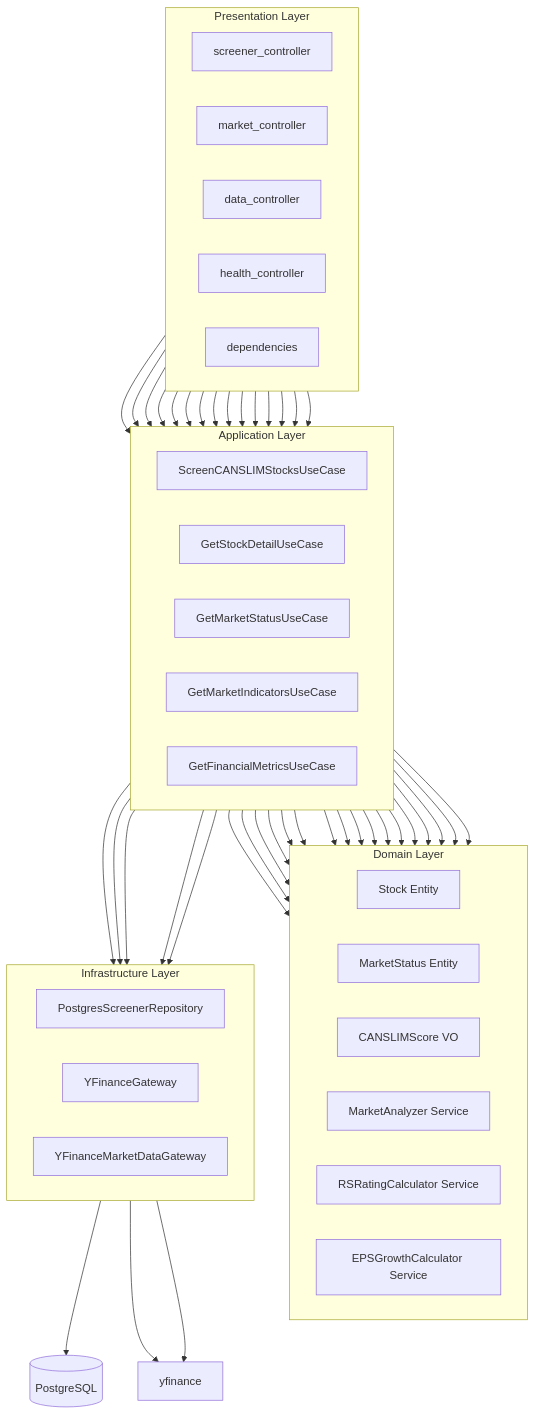
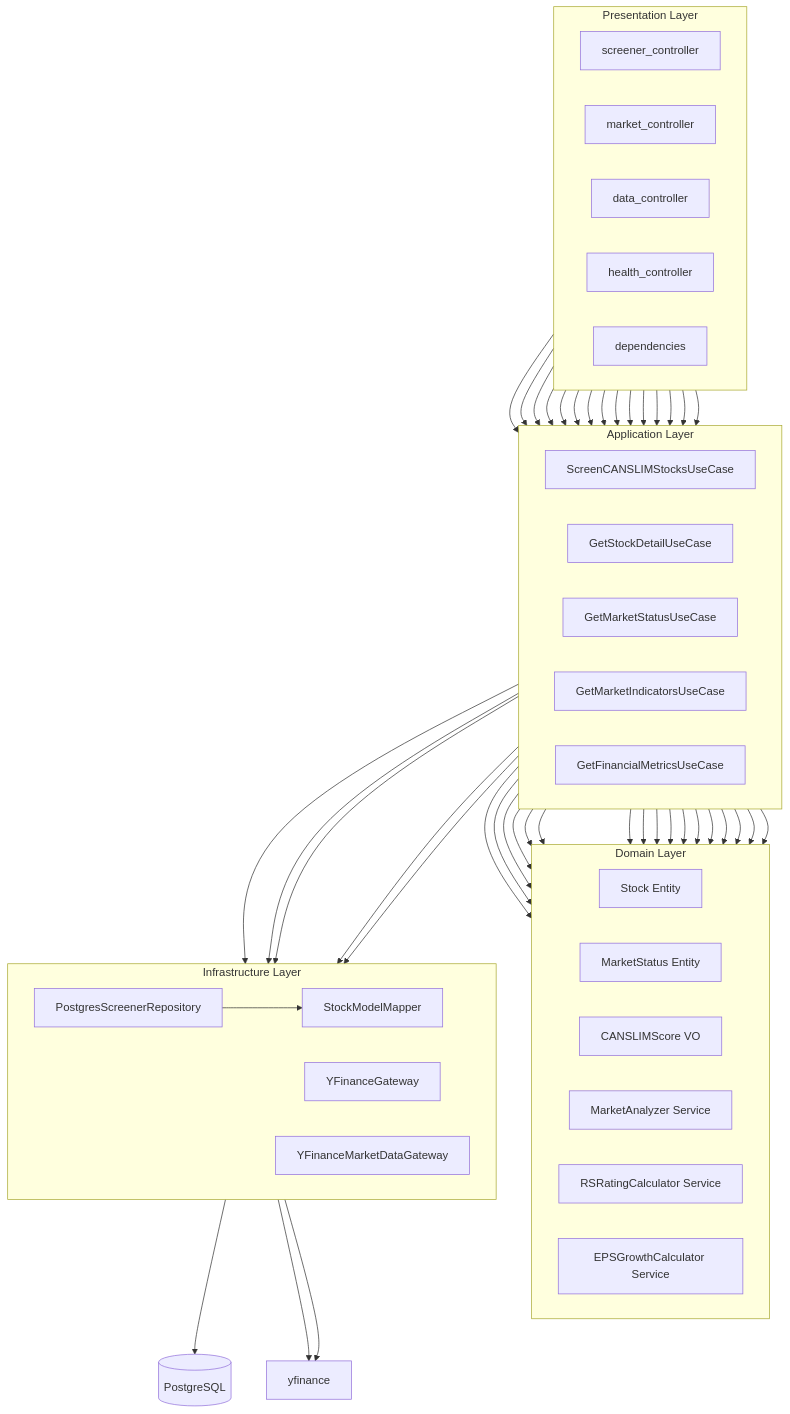
The second of 4 diagrams in docs/poc/architectures/diagrams/module-dependencies.md (ryota197/ai-trade-pj), drawn with Mermaid before and after one commit. The commit also changed other lines of this file and 7 other files, not shown here.

````diff
--- a/docs/poc/architectures/diagrams/module-dependencies.md
+++ b/docs/poc/architectures/diagrams/module-dependencies.md
@@ -54,46 +54,48 @@
 ```mermaid
 graph TB
     subgraph "Presentation Layer"
         direction LR
         P1[screener_controller]
         P2[market_controller]
         P3[data_controller]
         P4[health_controller]
         P5[dependencies]
     end
 
     subgraph "Application Layer"
         direction LR
         A1[ScreenCANSLIMStocksUseCase]
         A2[GetStockDetailUseCase]
         A3[GetMarketStatusUseCase]
         A4[GetMarketIndicatorsUseCase]
         A5[GetFinancialMetricsUseCase]
     end
 
     subgraph "Domain Layer"
         direction LR
         D1[Stock Entity]
         D2[MarketStatus Entity]
         D3[CANSLIMScore VO]
         D5[MarketAnalyzer Service]
         D6[RSRatingCalculator Service]
         D7[EPSGrowthCalculator Service]
     end
 
     subgraph "Infrastructure Layer"
         direction LR
         I1[PostgresScreenerRepository]
+        I2[StockModelMapper]
         I3[YFinanceGateway]
         I4[YFinanceMarketDataGateway]
     end
 
     P1 & P2 & P3 --> A1 & A2 & A3 & A4 & A5
     A1 & A2 & A3 & A4 --> D1 & D2 & D5 & D6
     A5 --> D7
     A1 & A2 --> I1
     A3 & A4 --> I4
     A5 --> I3
+    I1 --> I2
     I1 --> External_DB[(PostgreSQL)]
     I3 & I4 --> External_API[yfinance]
 ```
````
